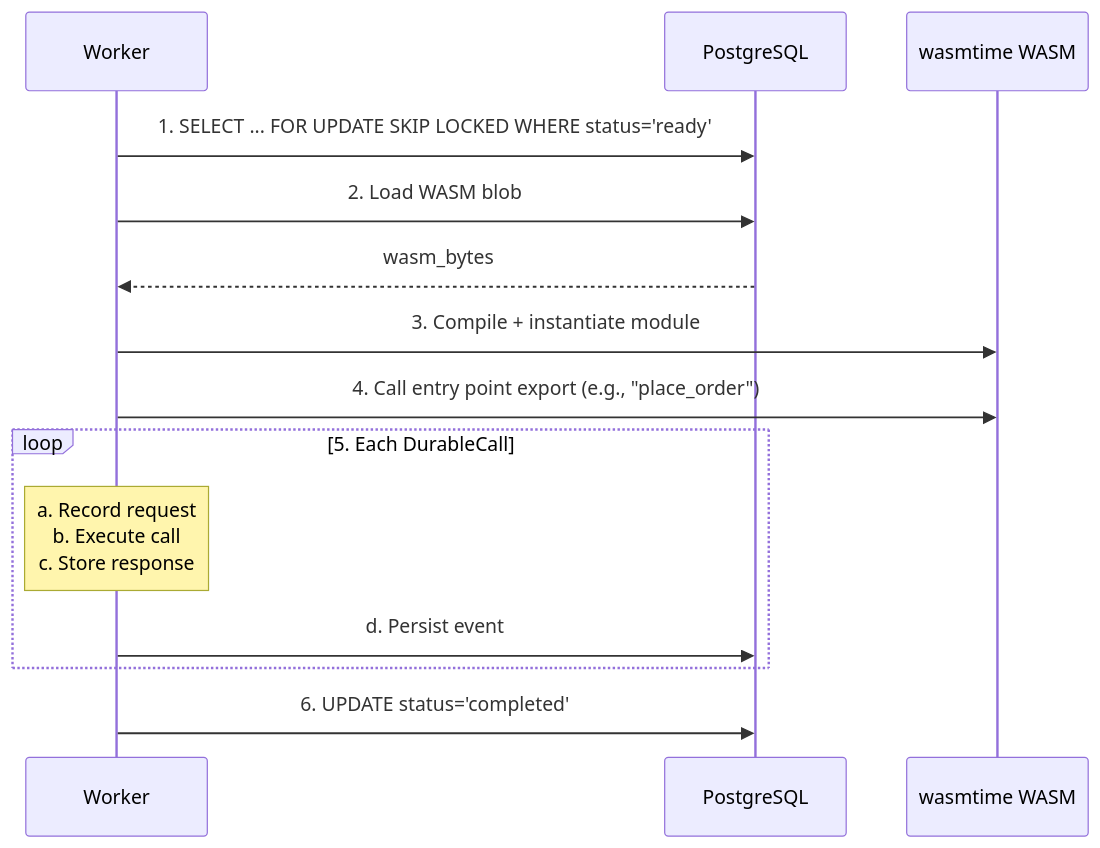
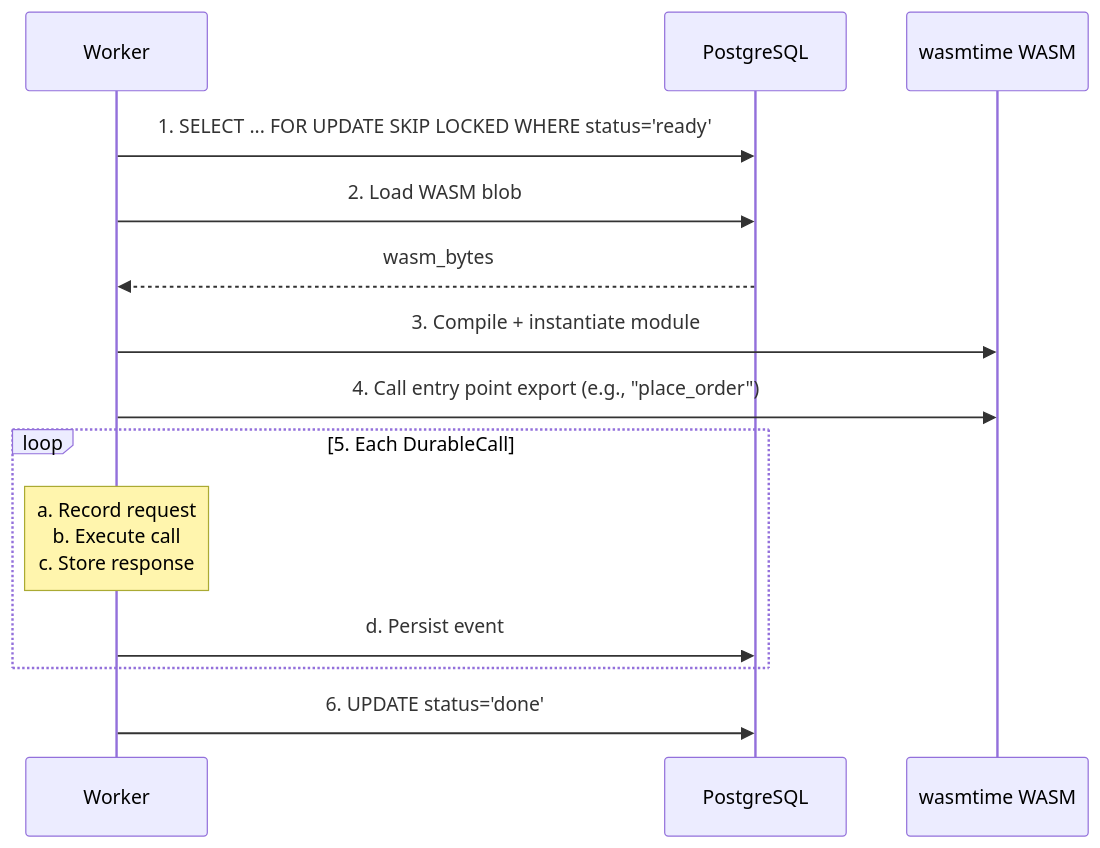
The third of 4 diagrams in docs/explanation/architecture.md (cleat-team/cleat), drawn with Mermaid before and after one commit. The commit also changed 17 other files, not shown here.

````diff
--- a/docs/explanation/architecture.md
+++ b/docs/explanation/architecture.md
@@ -190,17 +190,17 @@
 ```mermaid
 sequenceDiagram
     participant W as Worker
     participant PG as PostgreSQL
     participant WZ as wasmtime WASM
 
     W->>PG: 1. SELECT ... FOR UPDATE SKIP LOCKED WHERE status='ready'
     W->>PG: 2. Load WASM blob
     PG-->>W: wasm_bytes
     W->>WZ: 3. Compile + instantiate module
     W->>WZ: 4. Call entry point export (e.g., "place_order")
     loop 5. Each DurableCall
         Note over W: a. Record request<br/>b. Execute call<br/>c. Store response
         W->>PG: d. Persist event
     end
-    W->>PG: 6. UPDATE status='completed'
+    W->>PG: 6. UPDATE status='done'
 ```
````
